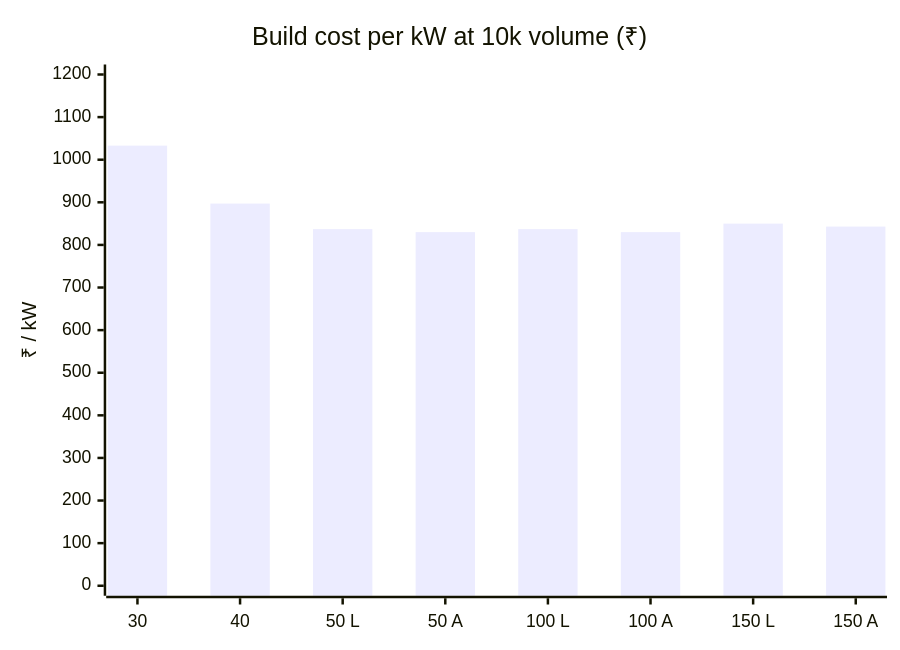
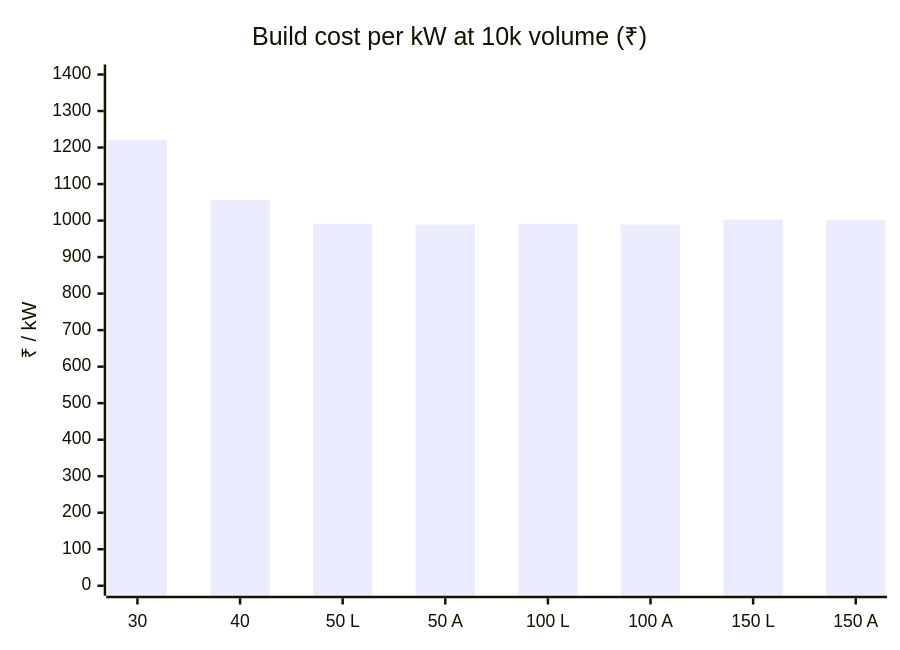
The diagram in docs/bom-cost.md (vectivolt/DC-Modules), drawn with Mermaid before and after one commit. The commit also changed other lines of this file and 23 other files, not shown here.

````diff
--- a/docs/bom-cost.md
+++ b/docs/bom-cost.md
@@ -41,7 +41,7 @@
 ```mermaid
 xychart-beta
   title "Build cost per kW at 10k volume (₹)"
   x-axis ["30", "40", "50 L", "50 A", "100 L", "100 A", "150 L", "150 A"]
-  y-axis "₹ / kW" 0 --> 1200
-  bar [1033, 897, 837, 830, 837, 830, 850, 843]
+  y-axis "₹ / kW" 0 --> 1400
+  bar [1221, 1057, 991, 989, 991, 989, 1003, 1001]
 ```
````
